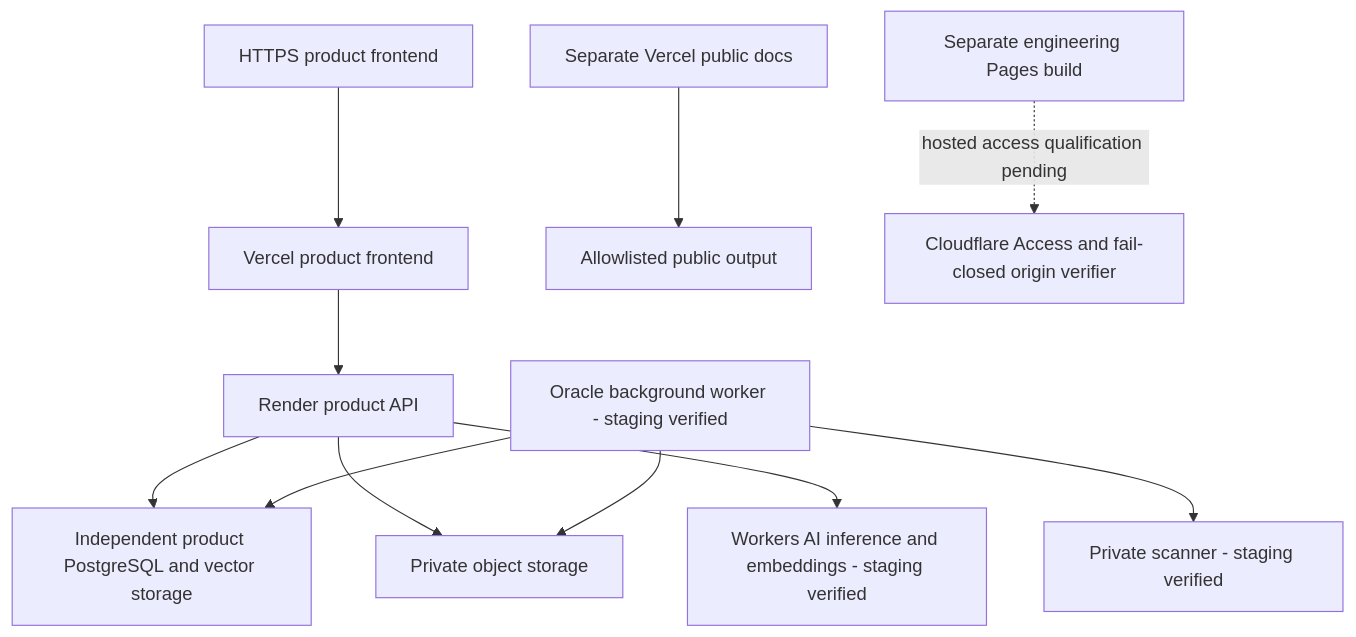
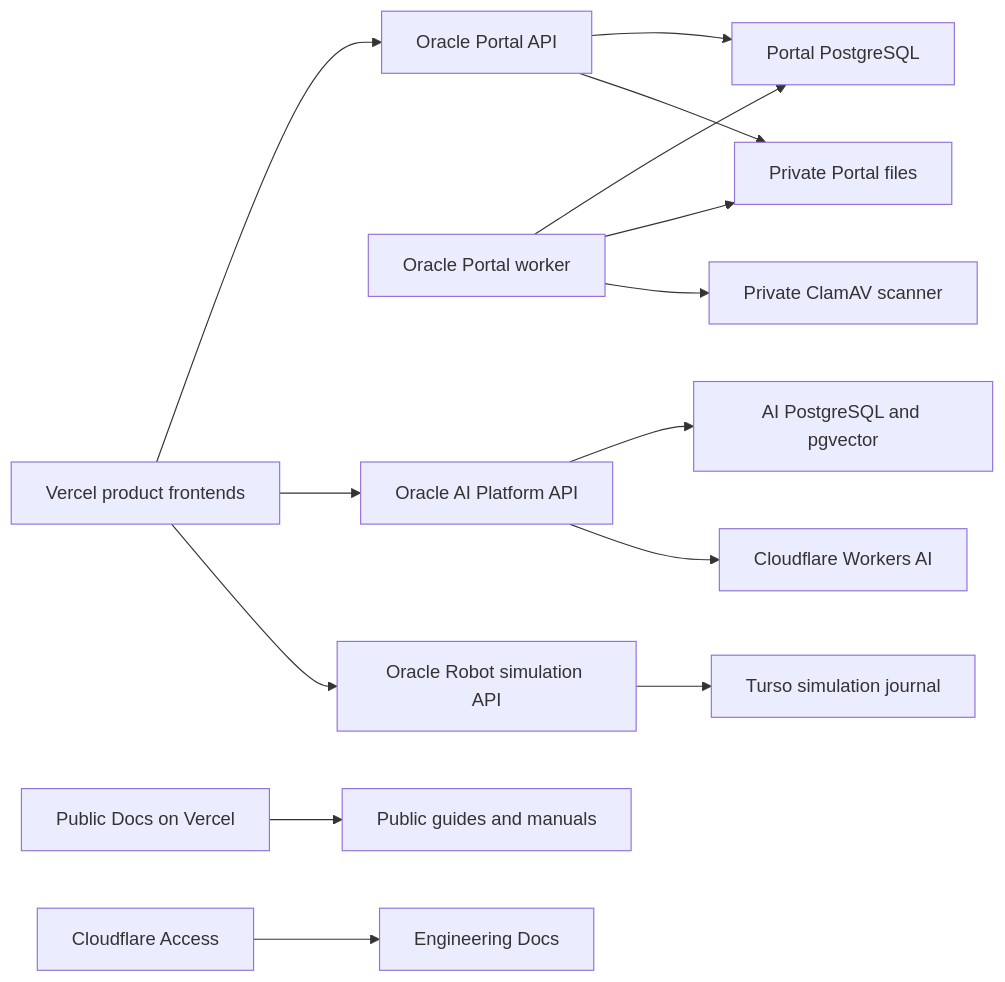
The diagram in docs/diagrams/public-deployment.mmd (DruHustle/onesa-ai-platform), drawn with Mermaid before and after one commit. The commit also changed 10 other files, not shown here.

Commit message:
Document the Oracle production APIs and product-specific storage boundaries

```diff
--- a/docs/diagrams/public-deployment.mmd
+++ b/docs/diagrams/public-deployment.mmd
@@ -1,11 +1,14 @@
-flowchart TB
-Browser[HTTPS product frontend] --> Vercel[Vercel product frontend]
-Vercel --> Render[Render product API]
-Render --> Neon[Independent product PostgreSQL and vector storage]
-Render --> Storage[Private object storage]
-Oracle[Oracle background worker - staging verified] --> Neon
-Oracle --> Storage
-Oracle --> ClamAV[Private scanner - staging verified]
-Render --> Model[Workers AI inference and embeddings - staging verified]
-Docs[Separate Vercel public docs] --> Public[Allowlisted public output]
-Internal[Separate engineering Pages build] -. hosted access qualification pending .-> Access[Cloudflare Access and fail-closed origin verifier]
+flowchart LR
+Vercel[Vercel product frontends] --> Portal[Oracle Portal API]
+Portal --> PortalDB[Portal PostgreSQL]
+Portal --> Storage[Private Portal files]
+Worker[Oracle Portal worker] --> PortalDB
+Worker --> Storage
+Worker --> Scanner[Private ClamAV scanner]
+Vercel --> AI[Oracle AI Platform API]
+AI --> AIDB[AI PostgreSQL and pgvector]
+AI --> Model[Cloudflare Workers AI]
+Vercel --> Robot[Oracle Robot simulation API]
+Robot --> Journal[Turso simulation journal]
+Docs[Public Docs on Vercel] --> Public[Public guides and manuals]
+Access[Cloudflare Access] --> Internal[Engineering Docs]
```
